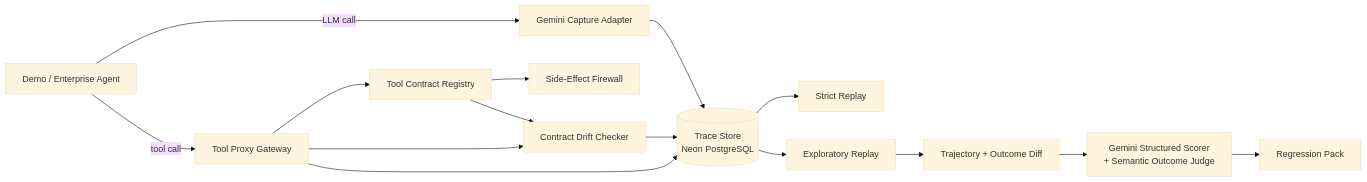
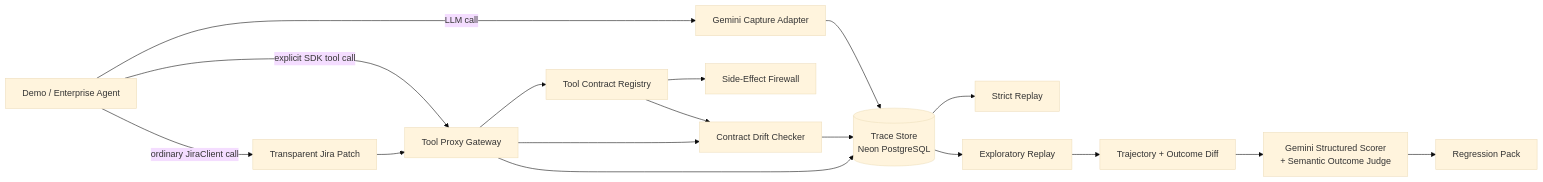
Before and after one commit to defi12748/ProxyTrace: the first of 2 diagrams in README.md, drawn with Mermaid (base theme). The commit also changed other lines of this file and 20 other files, not shown here.

````diff
--- a/README.md
+++ b/README.md
@@ -60,17 +61,19 @@
 ```mermaid
 graph LR
     Agent["Demo / Enterprise Agent"] -->|"LLM call"| LLM["Gemini Capture Adapter"]
-    Agent -->|"tool call"| Proxy["Tool Proxy Gateway"]
+    Agent -->|"explicit SDK tool call"| Proxy["Tool Proxy Gateway"]
+    Agent -->|"ordinary JiraClient call"| JiraPatch["Transparent Jira Patch"]
+    JiraPatch --> Proxy
     LLM --> Store[("Trace Store<br/>Neon PostgreSQL")]
     Proxy --> Contracts["Tool Contract Registry"]
     Contracts --> Firewall["Side-Effect Firewall"]
     Contracts --> Drift["Contract Drift Checker"]
     Proxy --> Drift
     Proxy --> Store
     Drift --> Store
     Store --> Strict["Strict Replay"]
     Store --> Explore["Exploratory Replay"]
     Explore --> Diff["Trajectory + Outcome Diff"]
     Diff --> Scorer["Gemini Structured Scorer<br/>+ Semantic Outcome Judge"]
     Scorer --> Regression["Regression Pack"]
 ```
````
